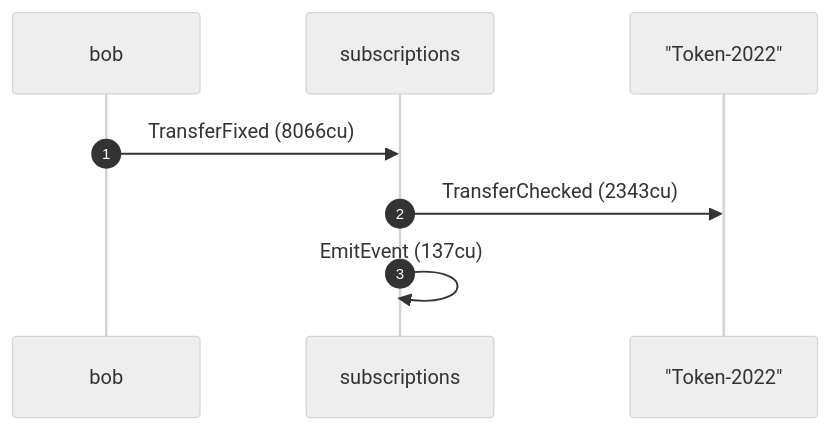
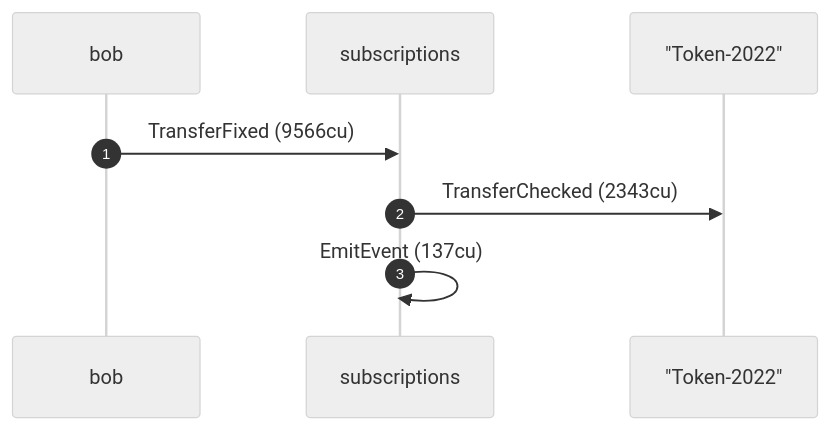
One commit to cds-rs/subscriptions changed the ninth of 12 diagrams in dsl_tests/fixed-transfer-over-a-token-2022-unconfigured-transfer-hook-mint.md. Above: the diagram before and after it, drawn with Mermaid (neutral theme). The commit also changed other lines of this file and 224 other files, not shown here.

````diff
--- a/dsl_tests/fixed-transfer-over-a-token-2022-unconfigured-transfer-hook-mint.md
+++ b/dsl_tests/fixed-transfer-over-a-token-2022-unconfigured-transfer-hook-mint.md
@@ -180,10 +189,10 @@
 ```mermaid
 sequenceDiagram
     autonumber
     participant bob
     participant subscriptions
     participant Token_2022 as "Token-2022"
-    bob ->> subscriptions: TransferFixed (8066cu)
+    bob ->> subscriptions: TransferFixed (9566cu)
     subscriptions ->> Token_2022: TransferChecked (2343cu)
     subscriptions ->> subscriptions: EmitEvent (137cu)
 ```
````
